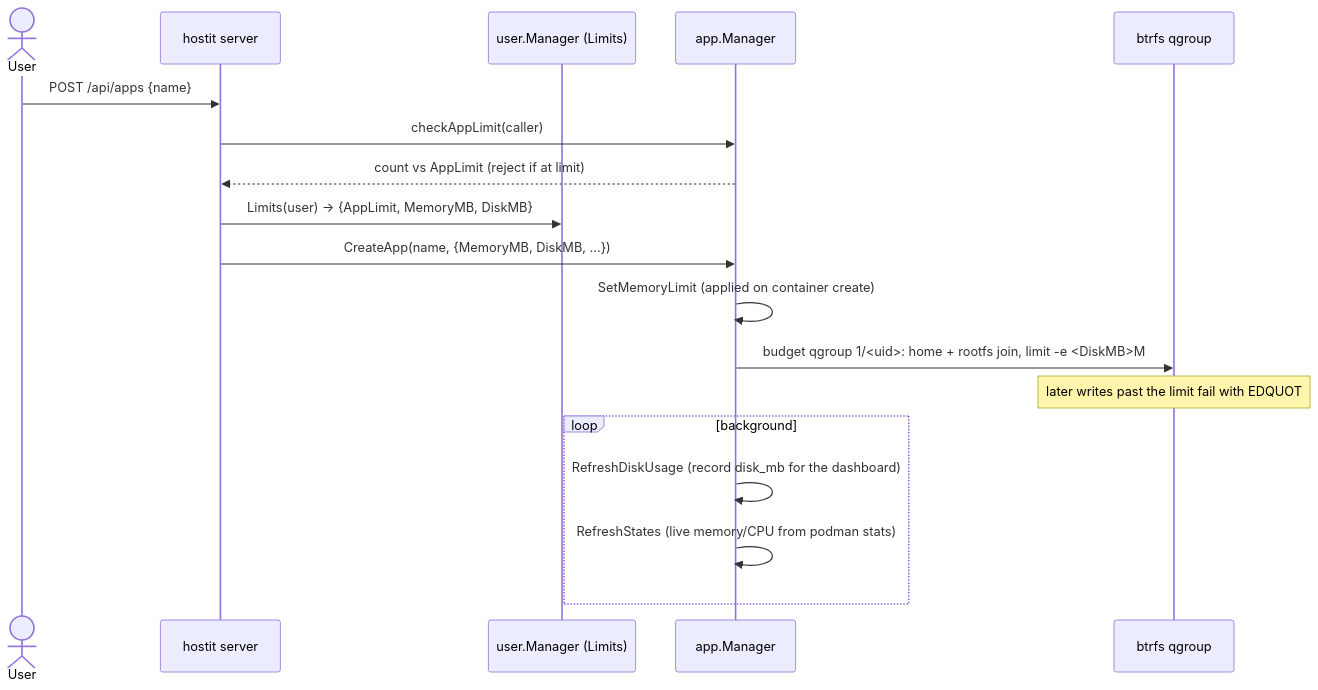
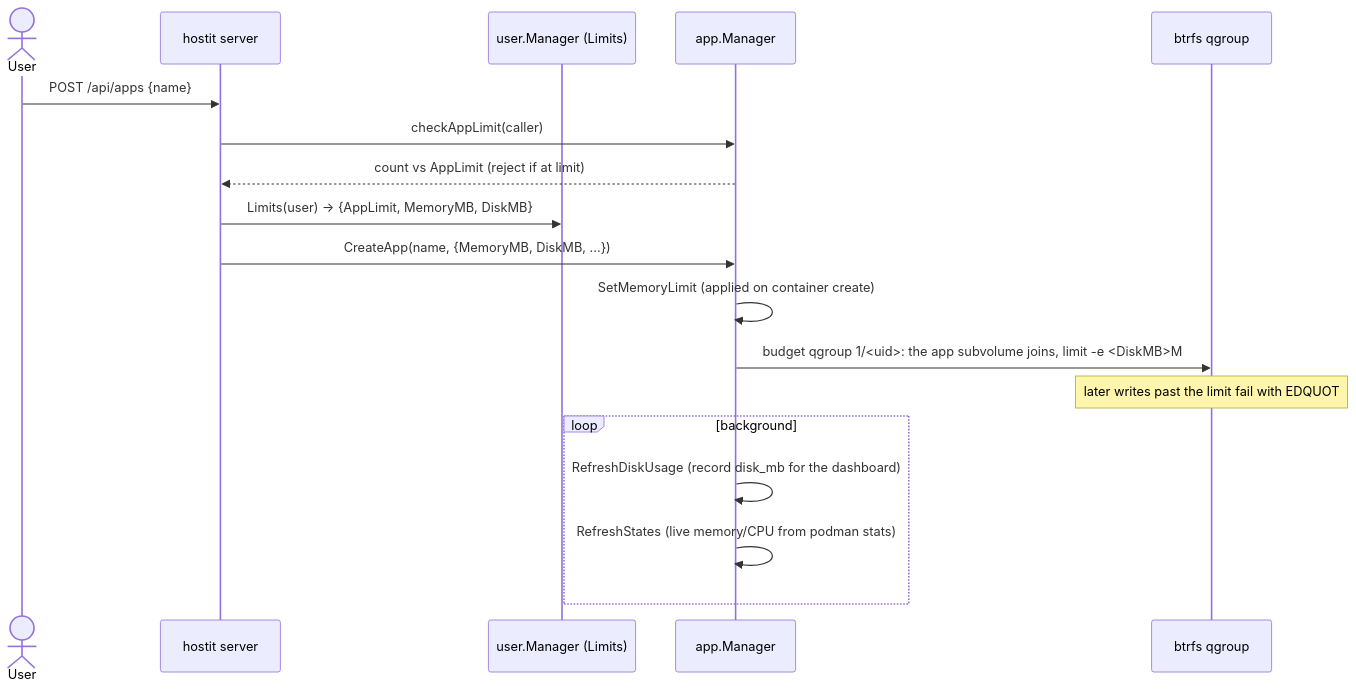
One commit to binwiederhier/hostit changed the diagram in docs/features/quotas-limits.md. Above: the diagram before and after it, drawn with Mermaid. The commit also changed other lines of this file and 21 other files, not shown here.

````diff
--- a/docs/features/quotas-limits.md
+++ b/docs/features/quotas-limits.md
@@ -47,20 +48,20 @@
 ```mermaid
 sequenceDiagram
     actor User
     participant API as hostit server
     participant UM as user.Manager (Limits)
     participant AM as app.Manager
     participant Btrfs as btrfs qgroup
     User->>API: POST /api/apps {name}
     API->>AM: checkAppLimit(caller)
     AM-->>API: count vs AppLimit (reject if at limit)
     API->>UM: Limits(user) -> {AppLimit, MemoryMB, DiskMB}
     API->>AM: CreateApp(name, {MemoryMB, DiskMB, ...})
     AM->>AM: SetMemoryLimit (applied on container create)
-    AM->>Btrfs: budget qgroup 1/<uid>: home + rootfs join, limit -e <DiskMB>M
+    AM->>Btrfs: budget qgroup 1/<uid>: the app subvolume joins, limit -e <DiskMB>M
     Note over Btrfs: later writes past the limit fail with EDQUOT
     loop background
         AM->>AM: RefreshDiskUsage (record disk_mb for the dashboard)
         AM->>AM: RefreshStates (live memory/CPU from podman stats)
     end
 ```
````
